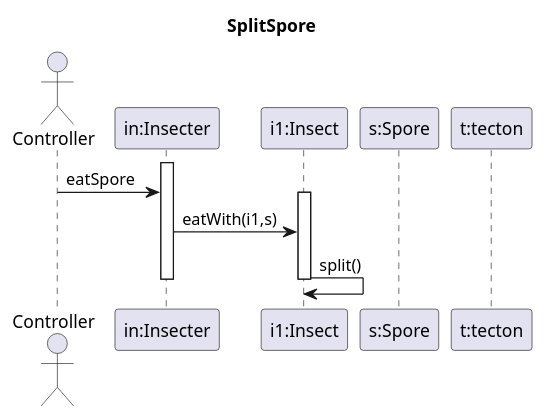
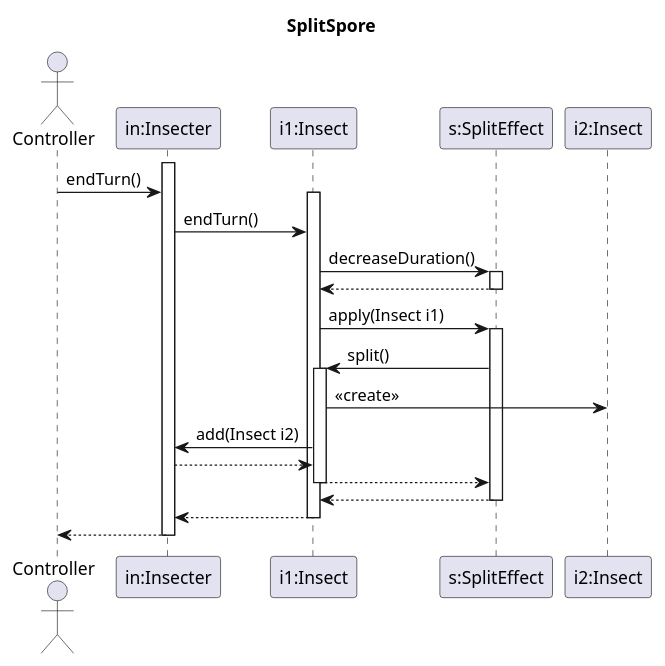
One commit to Petya-G/fungorium changed the diagram in 7/sequences/splitSpore.puml. Above: the diagram before and after it, drawn with PlantUML. The commit also changed 1 other file, not shown here.

Commit message:
# Split spore diagram finished

```diff
--- a/7/sequences/splitSpore.puml
+++ b/7/sequences/splitSpore.puml
@@ -1,19 +1,48 @@
 @startuml splitSpore
-'nem vágom hogy kéne
+
+' KÉSZ : Dúcz
+
 title SplitSpore
 actor Controller
 participant "in:Insecter" as In
 participant "i1:Insect" as I
-participant "s:Spore" as S
-participant "t:tecton" as T
+
+participant "s:SplitEffect" as S
+participant "i2:Insect" as I2
+'participant "t:tecton" as T
 
 activate In
-Controller->In: eatSpore
+Controller->In: endTurn()
 activate I
-In-> I: eatWith(i1,s)
-I->I : split()
+In-> I: endTurn()
+I->S : decreaseDuration()
+activate S
+
+S-->I
+deactivate S
+
+I->S : apply(Insect i1)
+activate S
+
+S->I : split()
+activate I
+
+I -> I2 : <<create>>
+I -> In : add(Insect i2)
+In --> I
+
+I-->S
+deactivate I
+
+S-->I
+deactivate S
+
+I --> In
 
 deactivate I
+In --> Controller
 deactivate In
 
+
+
 @enduml
```
